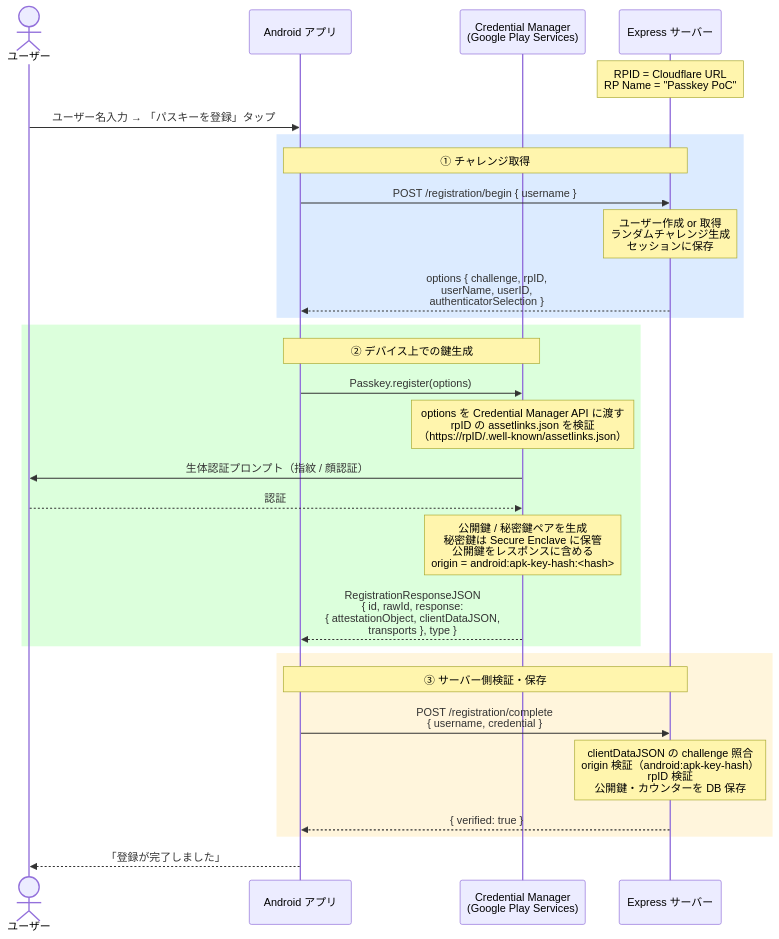
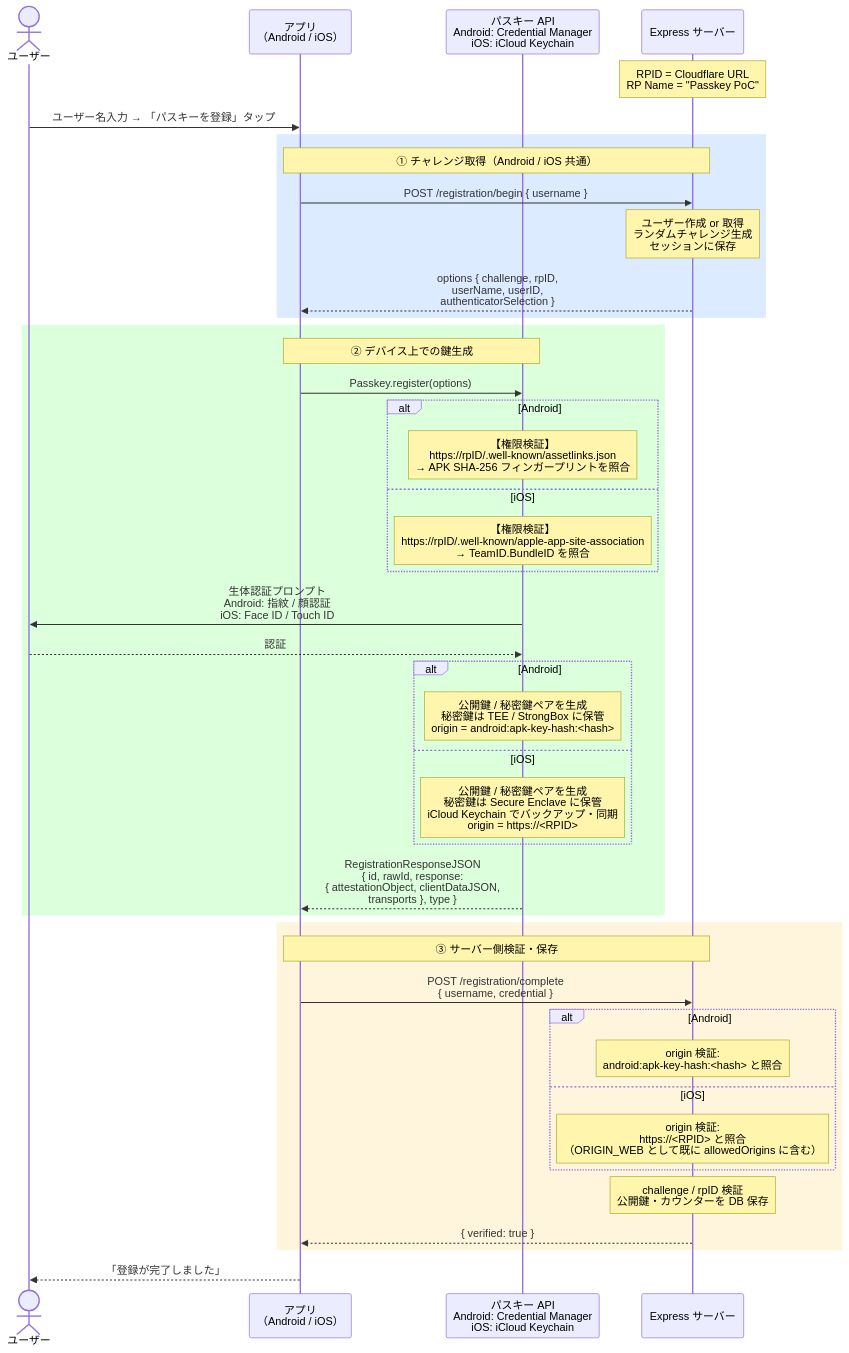
One commit to taka1226s/passkey-poc changed the second of 6 diagrams in README.md. Above: the diagram before and after it, drawn with Mermaid. The commit also changed other lines of this file, not shown here.

First line of the commit message:
シーケンス図と処理概要に iOS の差異を追記

````diff
--- a/README.md
+++ b/README.md
@@ -252,37 +268,50 @@
 ```mermaid
 sequenceDiagram
     actor User as ユーザー
-    participant App as Android アプリ
-    participant CM as Credential Manager<br/>(Google Play Services)
+    participant App as アプリ<br/>（Android / iOS）
+    participant CM as パスキー API<br/>Android: Credential Manager<br/>iOS: iCloud Keychain
     participant Server as Express サーバー
 
     Note over Server: RPID = Cloudflare URL<br/>RP Name = "Passkey PoC"
 
     User->>App: ユーザー名入力 → 「パスキーを登録」タップ
 
     rect rgb(220, 235, 255)
-        Note over App,Server: ① チャレンジ取得
+        Note over App,Server: ① チャレンジ取得（Android / iOS 共通）
         App->>Server: POST /registration/begin { username }
         Note over Server: ユーザー作成 or 取得<br/>ランダムチャレンジ生成<br/>セッションに保存
         Server-->>App: options { challenge, rpID,<br/>userName, userID,<br/>authenticatorSelection }
     end
 
     rect rgb(220, 255, 220)
         Note over App,CM: ② デバイス上での鍵生成
         App->>CM: Passkey.register(options)
-        Note over CM: options を Credential Manager API に渡す<br/>rpID の assetlinks.json を検証<br/>（https://rpID/.well-known/assetlinks.json）
-        CM->>User: 生体認証プロンプト（指紋 / 顔認証）
+        alt Android
+            Note over CM: 【権限検証】<br/>https://rpID/.well-known/assetlinks.json<br/>→ APK SHA-256 フィンガープリントを照合
+        else iOS
+            Note over CM: 【権限検証】<br/>https://rpID/.well-known/apple-app-site-association<br/>→ TeamID.BundleID を照合
+        end
+        CM->>User: 生体認証プロンプト<br/>Android: 指紋 / 顔認証<br/>iOS: Face ID / Touch ID
         User-->>CM: 認証
-        Note over CM: 公開鍵 / 秘密鍵ペアを生成<br/>秘密鍵は Secure Enclave に保管<br/>公開鍵をレスポンスに含める<br/>origin = android:apk-key-hash:<hash>
+        alt Android
+            Note over CM: 公開鍵 / 秘密鍵ペアを生成<br/>秘密鍵は TEE / StrongBox に保管<br/>origin = android:apk-key-hash:<hash>
+        else iOS
+            Note over CM: 公開鍵 / 秘密鍵ペアを生成<br/>秘密鍵は Secure Enclave に保管<br/>iCloud Keychain でバックアップ・同期<br/>origin = https://<RPID>
+        end
         CM-->>App: RegistrationResponseJSON<br/>{ id, rawId, response:<br/>{ attestationObject, clientDataJSON,<br/>  transports }, type }
     end
 
     rect rgb(255, 245, 220)
         Note over App,Server: ③ サーバー側検証・保存
         App->>Server: POST /registration/complete<br/>{ username, credential }
-        Note over Server: clientDataJSON の challenge 照合<br/>origin 検証（android:apk-key-hash）<br/>rpID 検証<br/>公開鍵・カウンターを DB 保存
+        alt Android
+            Note over Server: origin 検証:<br/>android:apk-key-hash:<hash> と照合
+        else iOS
+            Note over Server: origin 検証:<br/>https://<RPID> と照合<br/>（ORIGIN_WEB として既に allowedOrigins に含む）
+        end
+        Note over Server: challenge / rpID 検証<br/>公開鍵・カウンターを DB 保存
         Server-->>App: { verified: true }
     end
 
     App-->>User: 「登録が完了しました」
 ```
````
